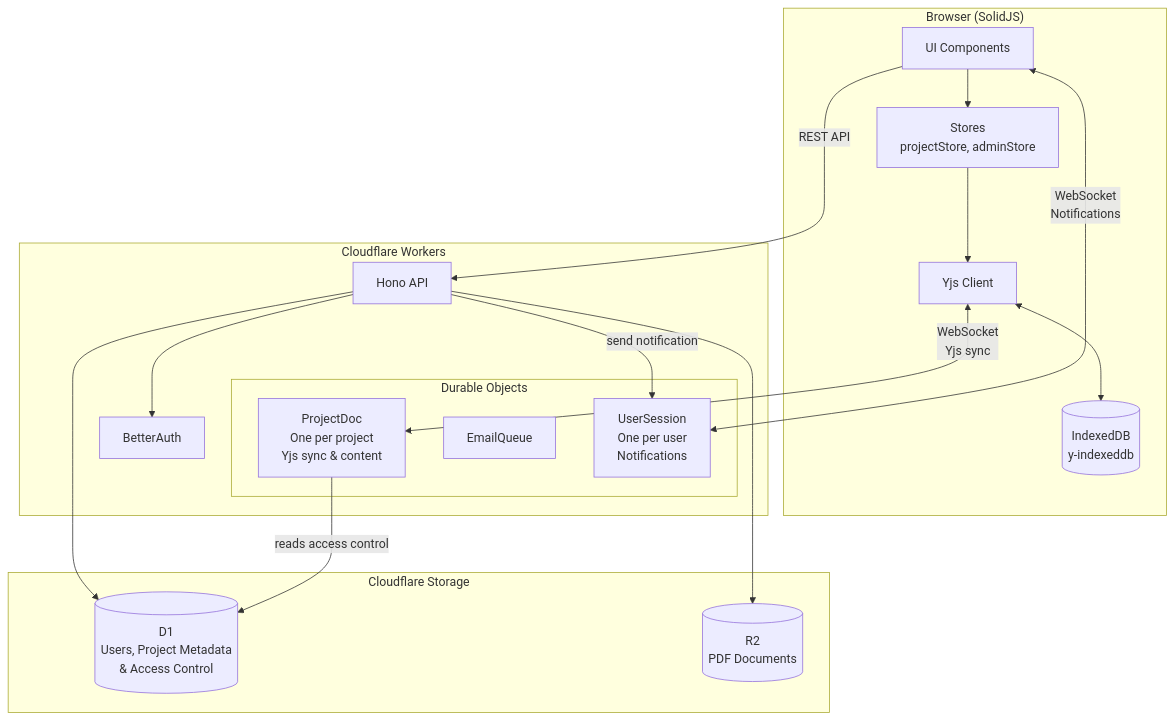
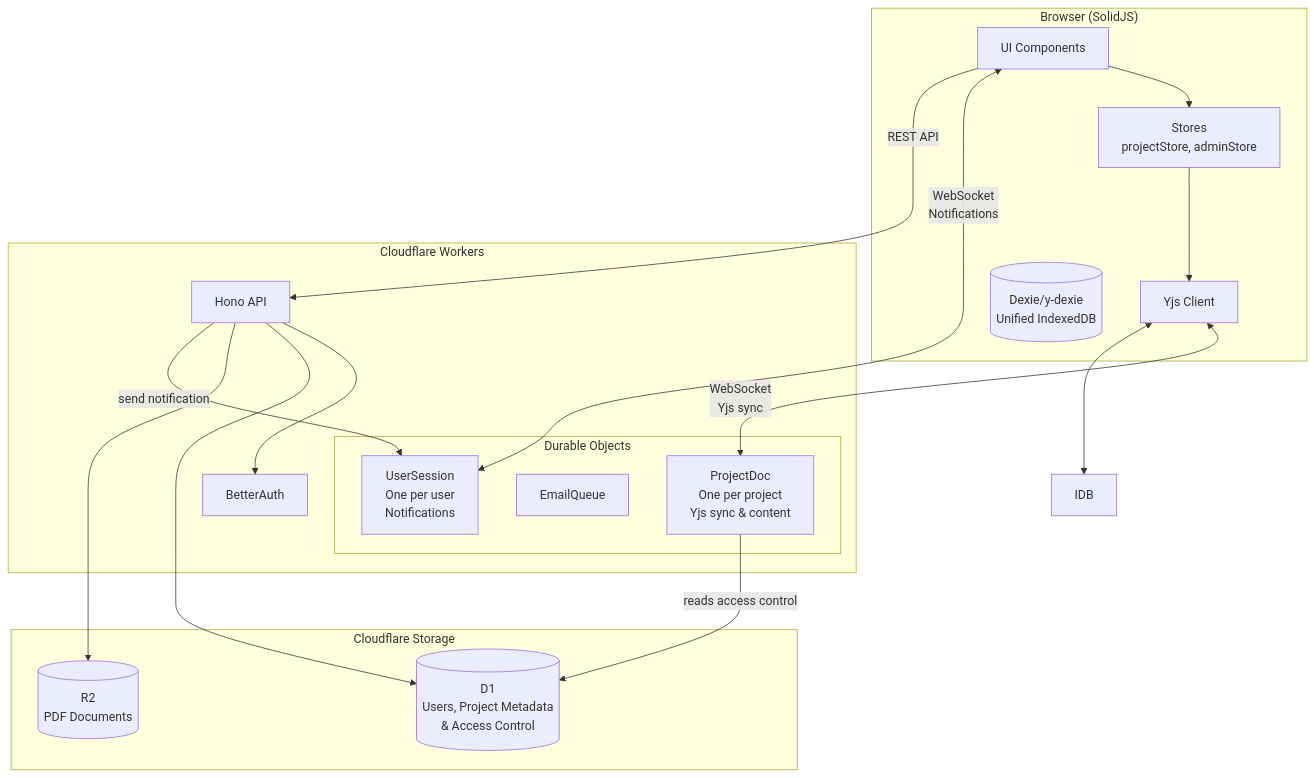
One commit to InfinityBowman/corates changed the diagram in packages/docs/architecture/diagrams/02-system-architecture.md. Above: the diagram before and after it, drawn with Mermaid. The commit also changed other lines of this file and 12 other files, not shown here.

````diff
--- a/packages/docs/architecture/diagrams/02-system-architecture.md
+++ b/packages/docs/architecture/diagrams/02-system-architecture.md
@@ -5,37 +5,37 @@
 ```mermaid
 flowchart TB
     subgraph Client["Browser (SolidJS)"]
         UI[UI Components]
         Stores[Stores<br/>projectStore, adminStore]
         YjsClient[Yjs Client]
-        IDB[(IndexedDB<br/>y-indexeddb)]
+        Dexie[(Dexie/y-dexie<br/>Unified IndexedDB)]
     end
 
     subgraph CF["Cloudflare Workers"]
         Hono[Hono API]
         Auth[BetterAuth]
 
         subgraph DurableObjects["Durable Objects"]
             ProjectDoc[ProjectDoc<br/>One per project<br/>Yjs sync & content]
             EmailQueue[EmailQueue]
             UserSession[UserSession<br/>One per user<br/>Notifications]
         end
     end
 
     subgraph Storage["Cloudflare Storage"]
         D1[(D1<br/>Users, Project Metadata<br/>& Access Control)]
         R2[(R2<br/>PDF Documents)]
     end
 
     UI --> Stores
     Stores --> YjsClient
     YjsClient <-->|"WebSocket<br/>Yjs sync"| ProjectDoc
     YjsClient <--> IDB
     UI <-->|"WebSocket<br/>Notifications"| UserSession
     UI -->|"REST API"| Hono
     Hono --> Auth
     Hono --> D1
     Hono --> R2
     Hono -->|"send notification"| UserSession
     ProjectDoc -->|"reads access control"| D1
 ```
````
